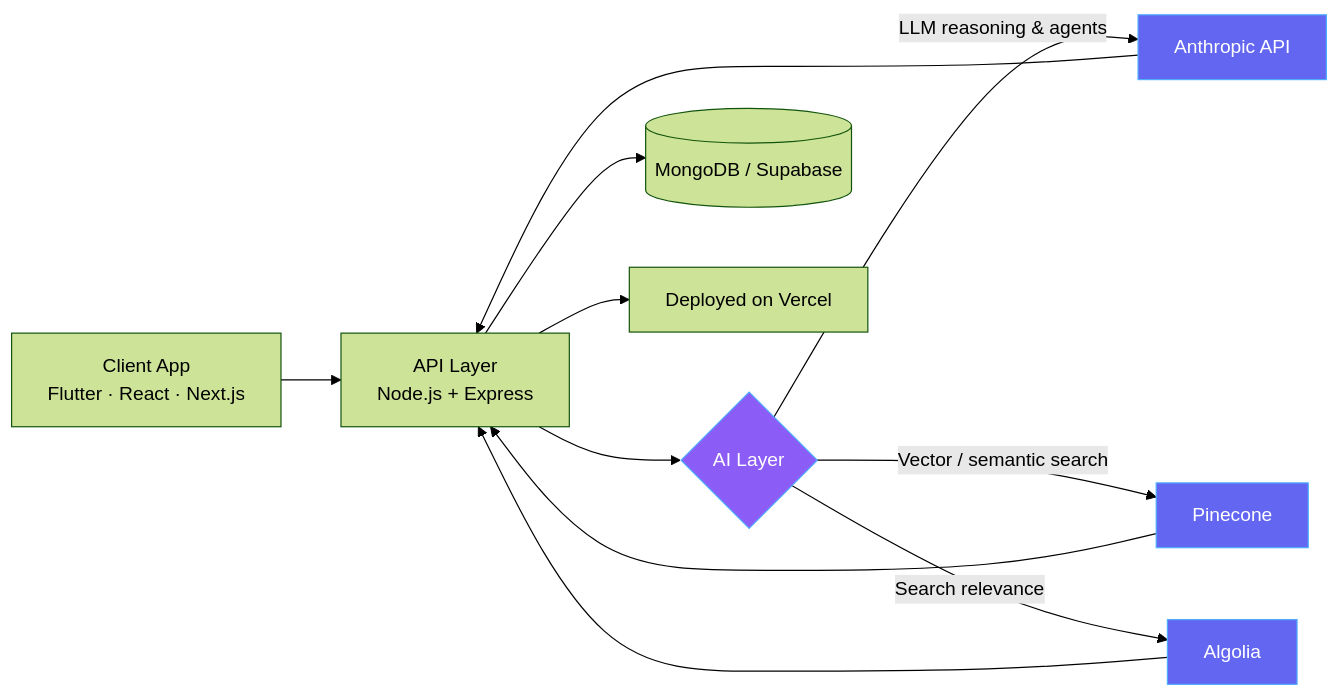
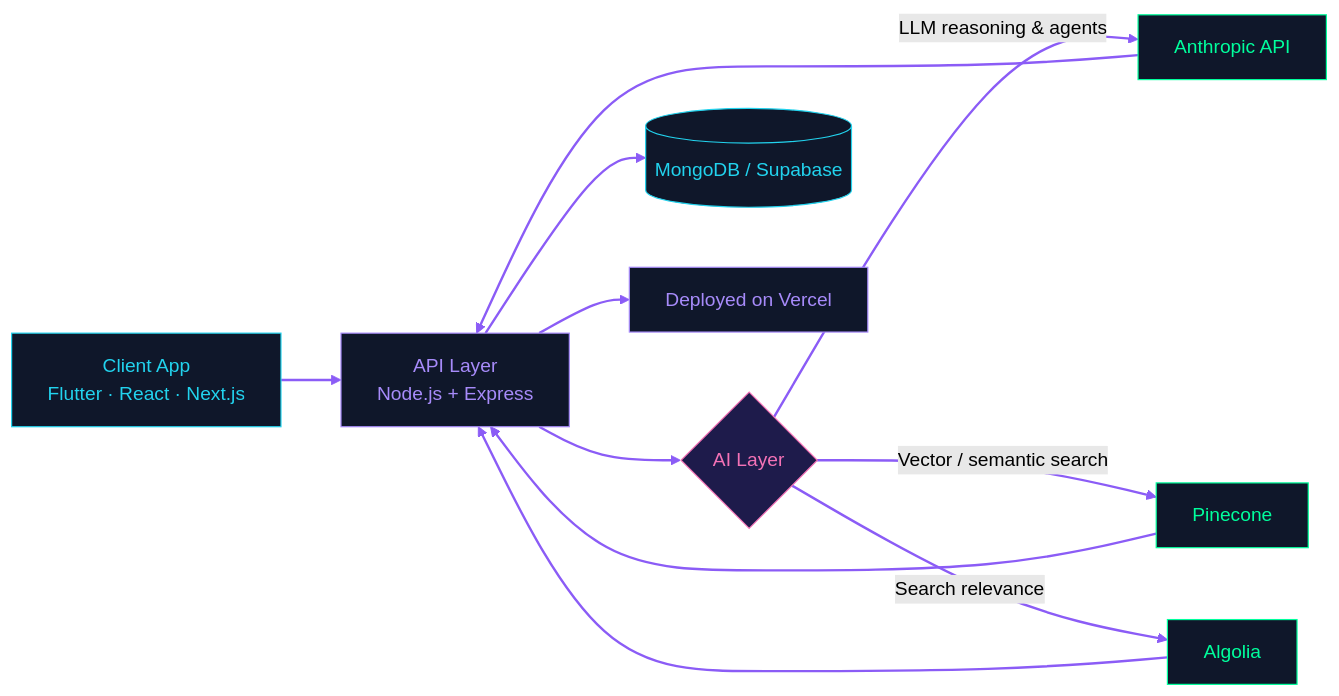
The diagram in README.md (Zaibten/Zaibten), drawn with Mermaid (forest theme) before and after one commit. The commit also changed other lines of this file, not shown here.

````diff
--- a/README.md
+++ b/README.md
@@ -62,18 +54,23 @@
 ```mermaid
 flowchart LR
     A[Client App<br/>Flutter · React · Next.js] --> B[API Layer<br/>Node.js + Express]
     B --> C{AI Layer}
     C -->|LLM reasoning & agents| D[Anthropic API]
     C -->|Vector / semantic search| E[Pinecone]
     C -->|Search relevance| F[Algolia]
     B --> G[(MongoDB / Supabase)]
     D --> B
     E --> B
     F --> B
     B --> H[Deployed on Vercel]
 
-    style C fill:#8b5cf6,stroke:#4facfe,color:#fff
-    style D fill:#6366f1,stroke:#4facfe,color:#fff
-    style E fill:#6366f1,stroke:#4facfe,color:#fff
-    style F fill:#6366f1,stroke:#4facfe,color:#fff
+    style A fill:#0f172a,stroke:#22d3ee,color:#22d3ee
+    style B fill:#0f172a,stroke:#a78bfa,color:#a78bfa
+    style C fill:#1e1b4b,stroke:#f472b6,color:#f472b6
+    style D fill:#0f172a,stroke:#00ff9d,color:#00ff9d
+    style E fill:#0f172a,stroke:#00ff9d,color:#00ff9d
+    style F fill:#0f172a,stroke:#00ff9d,color:#00ff9d
+    style G fill:#0f172a,stroke:#22d3ee,color:#22d3ee
+    style H fill:#0f172a,stroke:#a78bfa,color:#a78bfa
+    linkStyle default stroke:#8b5cf6,stroke-width:2px
 ```
````
